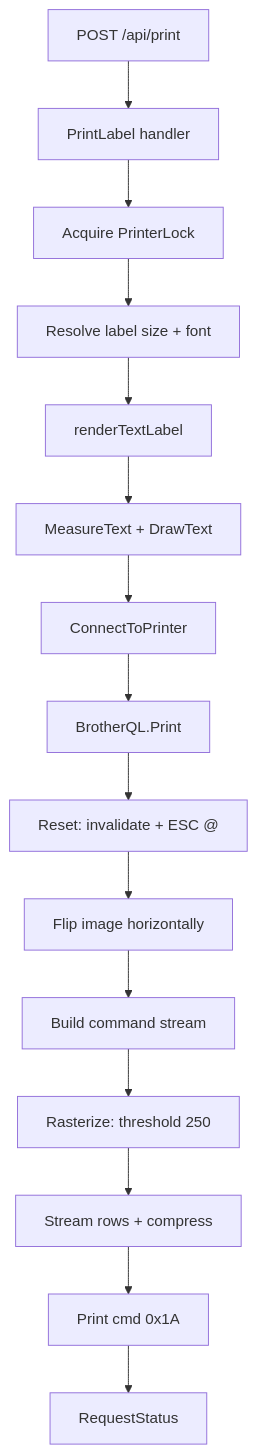
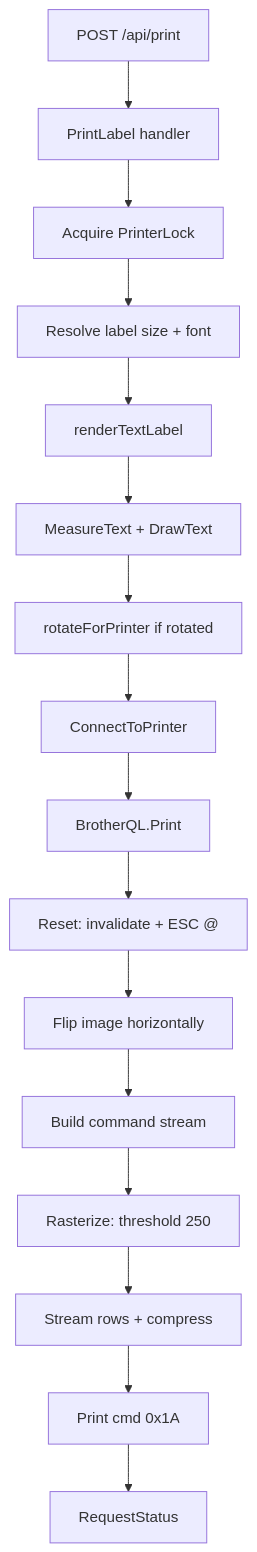
Before and after one commit to NopeNix/goqlprinter: the first of 2 diagrams in docs/ai-dataflow.md, drawn with Mermaid. The commit also changed other lines of this file and 18 other files, not shown here.

````diff
--- a/docs/ai-dataflow.md
+++ b/docs/ai-dataflow.md
@@ -5,17 +5,18 @@
 ```mermaid
 flowchart TD
     A[POST /api/print] --> B[PrintLabel handler]
     B --> C[Acquire PrinterLock]
     C --> D[Resolve label size + font]
     D --> E[renderTextLabel]
     E --> F[MeasureText + DrawText]
-    F --> G[ConnectToPrinter]
-    G --> H[BrotherQL.Print]
-    H --> I[Reset: invalidate + ESC @]
-    I --> J[Flip image horizontally]
-    J --> K[Build command stream]
-    K --> L[Rasterize: threshold 250]
-    L --> M[Stream rows + compress]
-    M --> N[Print cmd 0x1A]
-    N --> O[RequestStatus]
+    F --> G[rotateForPrinter if rotated]
+    G --> H[ConnectToPrinter]
+    H --> I[BrotherQL.Print]
+    I --> J[Reset: invalidate + ESC @]
+    J --> K[Flip image horizontally]
+    K --> L[Build command stream]
+    L --> M[Rasterize: threshold 250]
+    M --> N[Stream rows + compress]
+    N --> O[Print cmd 0x1A]
+    O --> P[RequestStatus]
 ```
````
